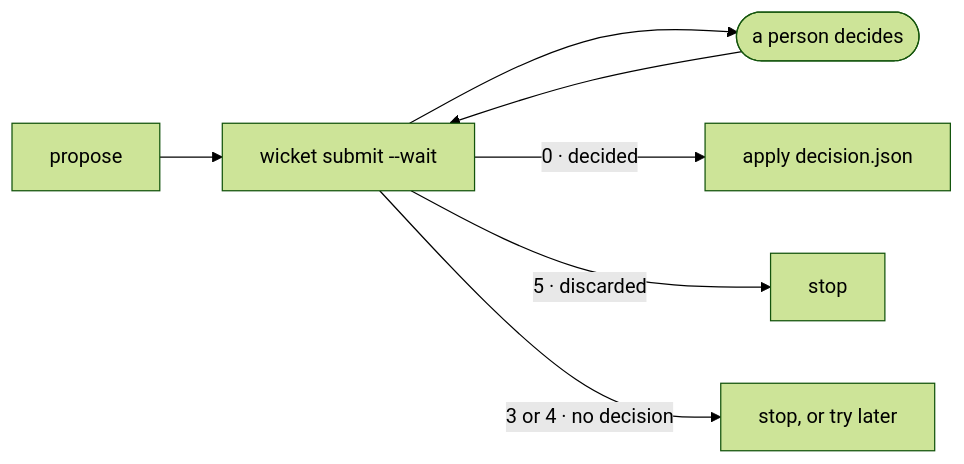
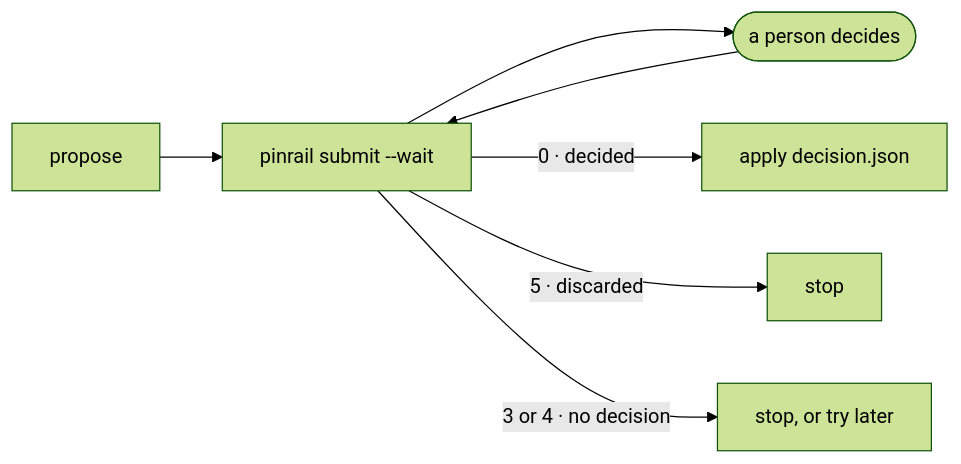
Before and after one commit to forgeplane/pinrail: the diagram in docs/agents/workflows.md, drawn with Mermaid (forest theme). The commit also changed other lines of this file and 248 other files, not shown here.

Commit message:
Rename Wicket to Pinrail

````diff
--- a/docs/agents/workflows.md
+++ b/docs/agents/workflows.md
@@ -32,9 +32,9 @@
 ```mermaid title="A gated step"
 flowchart LR
-  P["propose"] --> S["wicket submit --wait"]
+  P["propose"] --> S["pinrail submit --wait"]
   S --> Y(["a person decides"]):::you
   Y --> S
   S -->|"0 · decided"| A["apply decision.json"]
   S -->|"5 · discarded"| X["stop"]
   S -->|"3 or 4 · no decision"| L["stop, or try later"]
 ```
````
